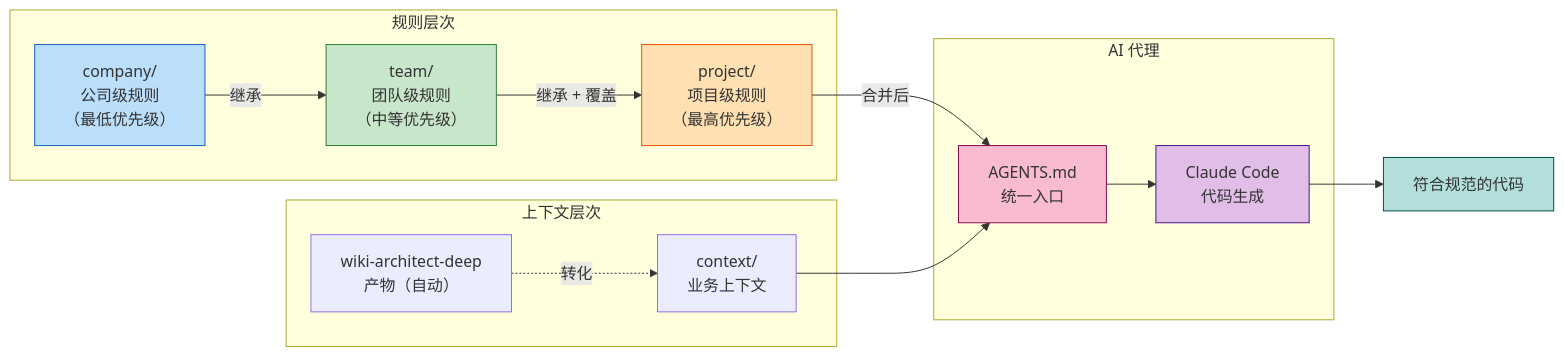
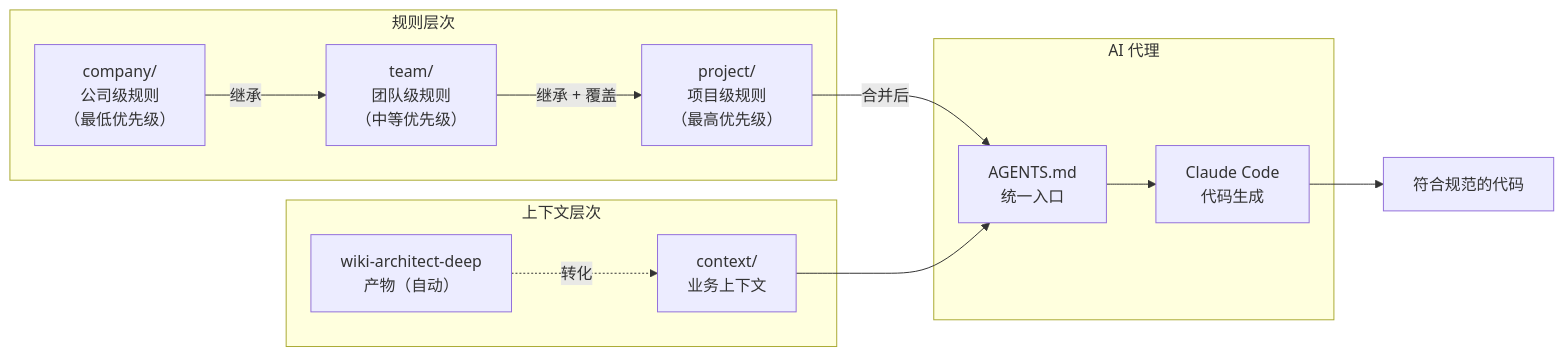
The third of 4 diagrams in ai-coding/knowledge-base.md (zlh-428/zlh-428), drawn with Mermaid before and after one commit. The commit also changed other lines of this file and 1 other file, not shown here.

First line of the commit message:
🩹 fix: remove Mermaid style directives for GitHub rendering

````diff
--- a/ai-coding/knowledge-base.md
+++ b/ai-coding/knowledge-base.md
@@ -353,34 +337,27 @@
 ```Mermaid
 flowchart LR
     subgraph 规则层次
         A["company/<br/>公司级规则<br/>（最低优先级）"]
         B["team/<br/>团队级规则<br/>（中等优先级）"]
         C["project/<br/>项目级规则<br/>（最高优先级）"]
     end
     
     subgraph 上下文层次
         D["context/<br/>业务上下文"]
         E["wiki-architect-deep<br/>产物（自动）"]
     end
     
     subgraph AI 代理
         F["AGENTS.md<br/>统一入口"]
         G["Claude Code<br/>代码生成"]
     end
     
     A -->|"继承"| B
     B -->|"继承 + 覆盖"| C
     C -->|"合并后"| F
     D --> F
     E -.->|"转化"| D
     F --> G
     
     G --> H["符合规范的代码"]
-    
-    style A fill:#bbdefb,stroke:#1565C0
-    style B fill:#c8e6c9,stroke:#2E7D32
-    style C fill:#ffe0b2,stroke:#E65100
-    style F fill:#f8bbd0,stroke:#880E4F
-    style G fill:#e1bee7,stroke:#4A148C
-    style H fill:#b2dfdb,stroke:#004D40
 ```
````
